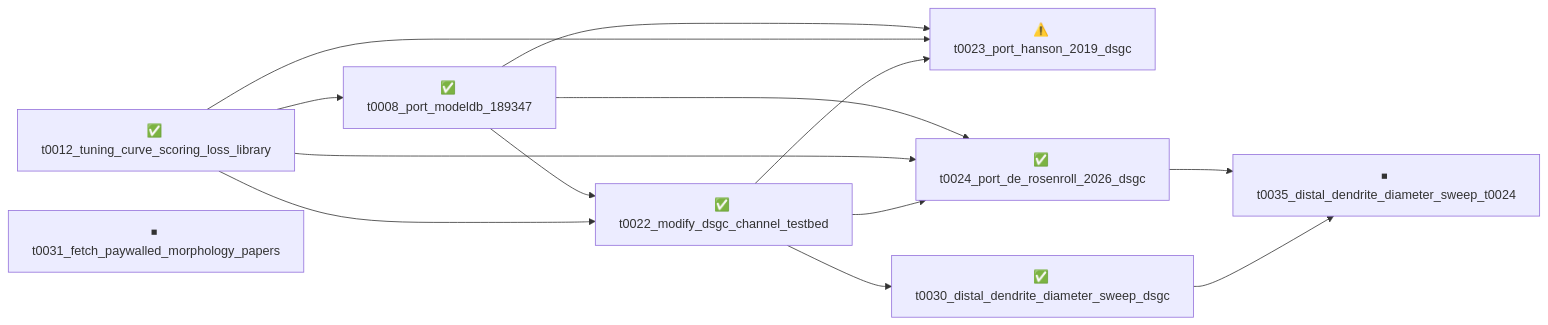
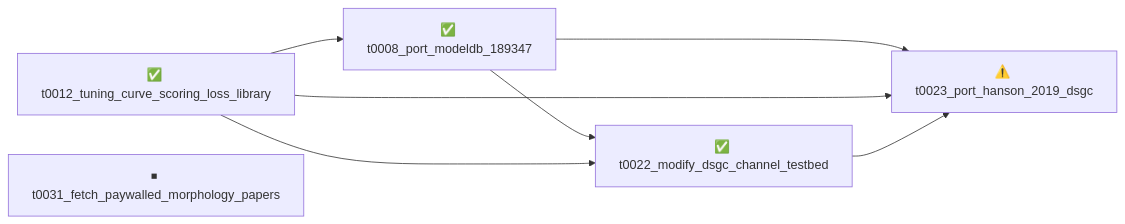
One commit to tonza17/neuron-channels changed the diagram in overview/tasks/README.md. Above: the diagram before and after it, drawn with Mermaid. The commit also changed other lines of this file and 42 other files, not shown here.

````diff
--- a/overview/tasks/README.md
+++ b/overview/tasks/README.md
@@ -13,24 +13,15 @@
 ```mermaid
 graph LR
     t0008_port_modeldb_189347["✅ t0008_port_modeldb_189347"]
     t0012_tuning_curve_scoring_loss_library["✅ t0012_tuning_curve_scoring_loss_library"]
     t0022_modify_dsgc_channel_testbed["✅ t0022_modify_dsgc_channel_testbed"]
     t0023_port_hanson_2019_dsgc["⚠️ t0023_port_hanson_2019_dsgc"]
-    t0024_port_de_rosenroll_2026_dsgc["✅ t0024_port_de_rosenroll_2026_dsgc"]
-    t0030_distal_dendrite_diameter_sweep_dsgc["✅ t0030_distal_dendrite_diameter_sweep_dsgc"]
     t0031_fetch_paywalled_morphology_papers["⏹ t0031_fetch_paywalled_morphology_papers"]
-    t0035_distal_dendrite_diameter_sweep_t0024["⏹ t0035_distal_dendrite_diameter_sweep_t0024"]
 
     t0012_tuning_curve_scoring_loss_library --> t0008_port_modeldb_189347
     t0008_port_modeldb_189347 --> t0022_modify_dsgc_channel_testbed
     t0012_tuning_curve_scoring_loss_library --> t0022_modify_dsgc_channel_testbed
     t0008_port_modeldb_189347 --> t0023_port_hanson_2019_dsgc
     t0012_tuning_curve_scoring_loss_library --> t0023_port_hanson_2019_dsgc
     t0022_modify_dsgc_channel_testbed --> t0023_port_hanson_2019_dsgc
-    t0008_port_modeldb_189347 --> t0024_port_de_rosenroll_2026_dsgc
-    t0012_tuning_curve_scoring_loss_library --> t0024_port_de_rosenroll_2026_dsgc
-    t0022_modify_dsgc_channel_testbed --> t0024_port_de_rosenroll_2026_dsgc
-    t0022_modify_dsgc_channel_testbed --> t0030_distal_dendrite_diameter_sweep_dsgc
-    t0024_port_de_rosenroll_2026_dsgc --> t0035_distal_dendrite_diameter_sweep_t0024
-    t0030_distal_dendrite_diameter_sweep_dsgc --> t0035_distal_dendrite_diameter_sweep_t0024
 ```
````
